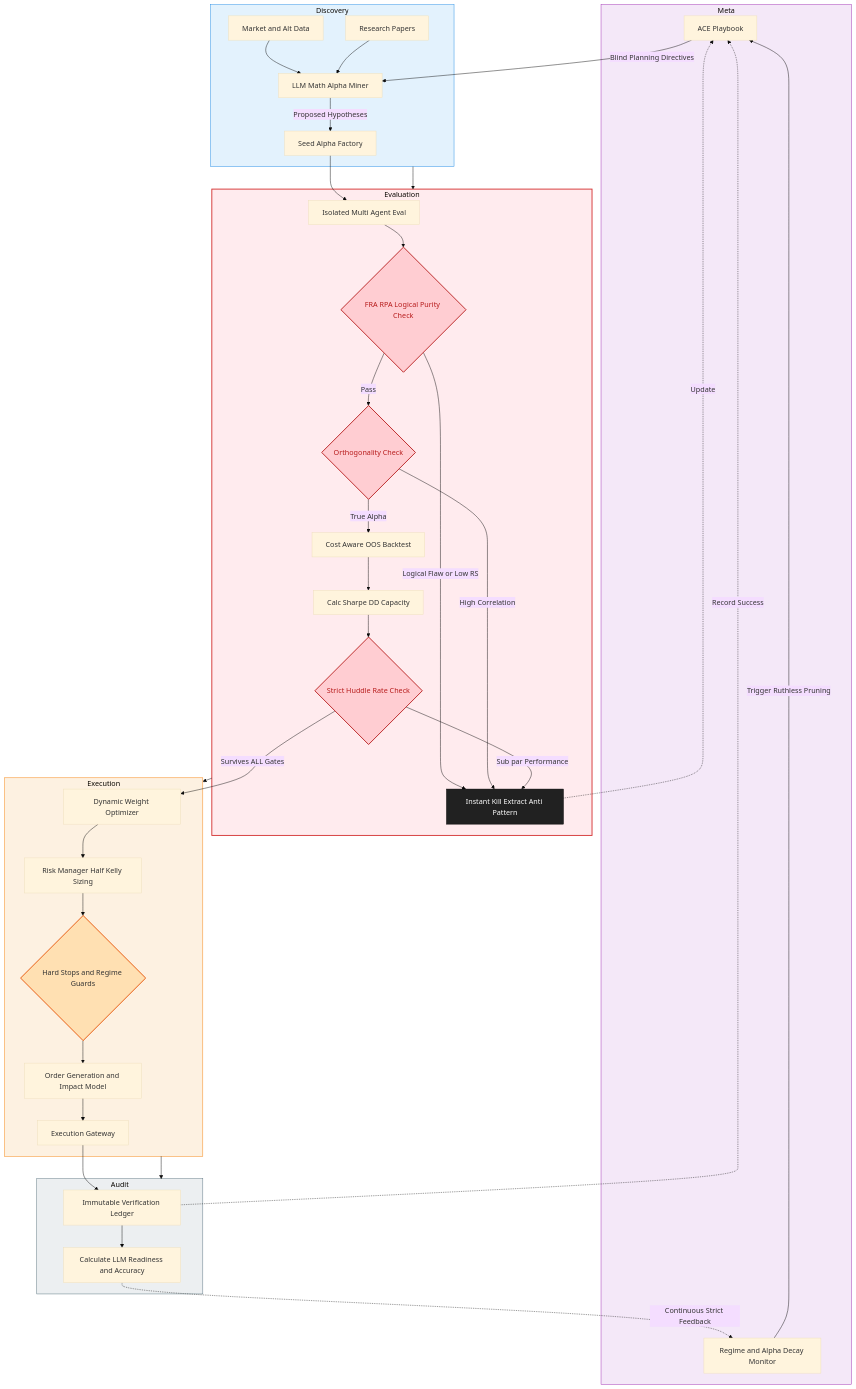
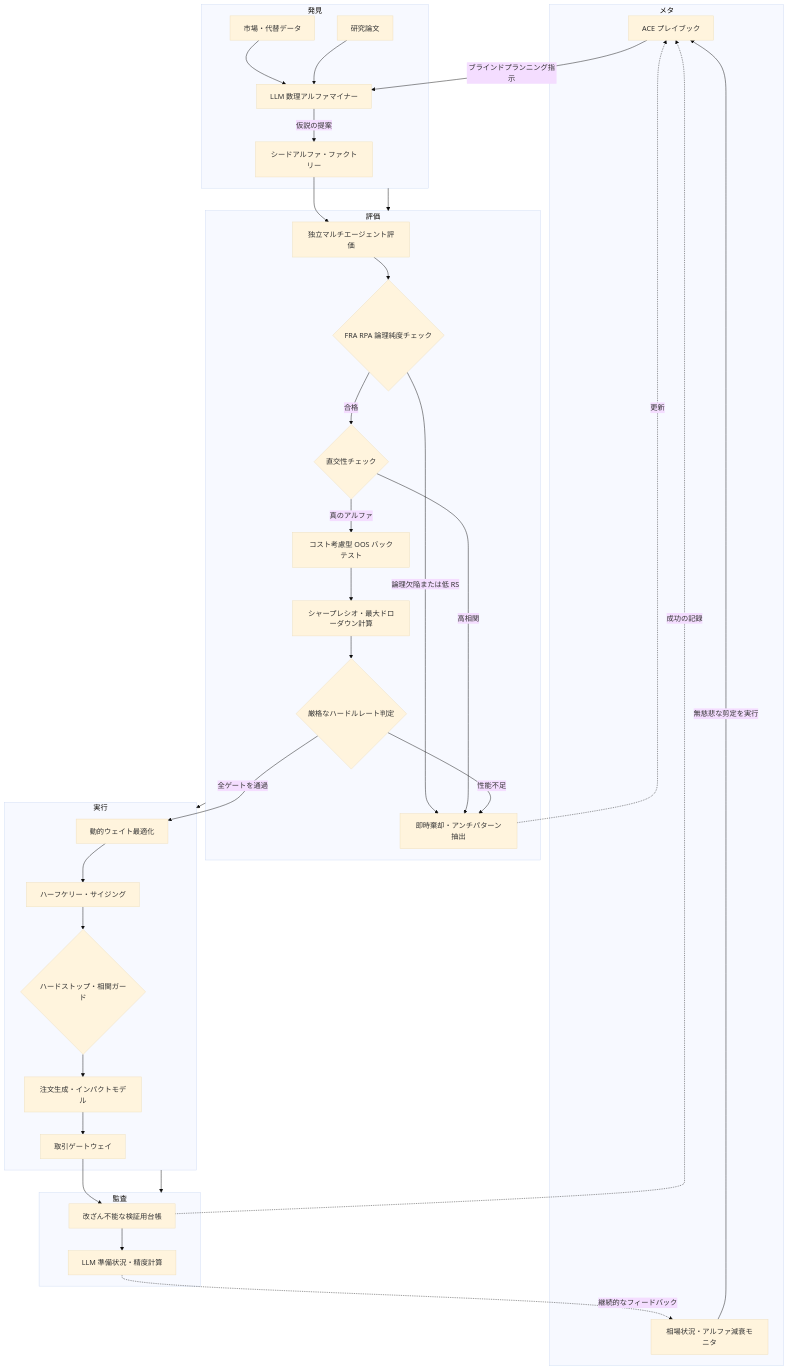
The diagram in docs/diagrams/simpleflowchart.md (KAFKA2306/investor), drawn with Mermaid (base theme) before and after one commit. The commit also changed other lines of this file and 19 other files, not shown here.

````diff
--- a/docs/diagrams/simpleflowchart.md
+++ b/docs/diagrams/simpleflowchart.md
@@ -3,63 +3,52 @@
 ```mermaid
 flowchart TD
-    subgraph Meta
-        ACEPlaybook["ACE Playbook"]
-        Monitor["Regime and Alpha Decay Monitor"]
-        Monitor --> |Trigger Ruthless Pruning| ACEPlaybook
+    subgraph メタ
+        ACEPlaybook["ACE プレイブック"]
+        Monitor["相場状況・アルファ減衰モニタ"]
+        Monitor --> |無慈悲な剪定を実行| ACEPlaybook
     end
 
-    subgraph Discovery
-        MarketData["Market and Alt Data"] --> Miner["LLM Math Alpha Miner"]
-        ArXiv["Research Papers"] --> Miner
-        Miner --> |Proposed Hypotheses| SAF["Seed Alpha Factory"]
-        ACEPlaybook --> |Blind Planning Directives| Miner
+    subgraph 発見
+        MarketData["市場・代替データ"] --> Miner["LLM 数理アルファマイナー"]
+        ArXiv["研究論文"] --> Miner
+        Miner --> |仮説の提案| SAF["シードアルファ・ファクトリー"]
+        ACEPlaybook --> |ブラインドプランニング指示| Miner
     end
 
-    subgraph Evaluation
-        SAF --> ISOEval["Isolated Multi Agent Eval"]
+    subgraph 評価
+        SAF --> ISOEval["独立マルチエージェント評価"]
         
-        ISOEval --> LogicGate{"FRA RPA Logical Purity Check"}
-        LogicGate -- "Logical Flaw or Low RS" --> RejectLogic["Instant Kill Extract Anti Pattern"]
+        ISOEval --> LogicGate{"FRA RPA 論理純度チェック"}
+        LogicGate -- "論理欠陥または低 RS" --> RejectLogic["即時棄却・アンチパターン抽出"]
         
-        LogicGate -- "Pass" --> OrthoCheck{"Orthogonality Check"}
-        OrthoCheck -- "High Correlation" --> RejectLogic
+        LogicGate -- "合格" --> OrthoCheck{"直交性チェック"}
+        OrthoCheck -- "高相関" --> RejectLogic
         
-        OrthoCheck -- "True Alpha" --> Backtest["Cost Aware OOS Backtest"]
-        Backtest --> Metrics["Calc Sharpe DD Capacity"]
+        OrthoCheck -- "真のアルファ" --> Backtest["コスト考慮型 OOS バックテスト"]
+        Backtest --> Metrics["シャープレシオ・最大ドローダウン計算"]
         
-        Metrics --> HuddleGate{"Strict Huddle Rate Check"}
-        HuddleGate -- "Sub par Performance" --> RejectLogic
+        Metrics --> HuddleGate{"厳格なハードルレート判定"}
+        HuddleGate -- "性能不足" --> RejectLogic
         
-        RejectLogic -.-> |Update| ACEPlaybook
+        RejectLogic -.-> |更新| ACEPlaybook
     end
 
-    subgraph Execution
-        HuddleGate -- "Survives ALL Gates" --> DWA["Dynamic Weight Optimizer"]
-        DWA --> Risk["Risk Manager Half Kelly Sizing"]
-        Risk --> HardStops{"Hard Stops and Regime Guards"}
-        HardStops --> OrderGen["Order Generation and Impact Model"]
-        OrderGen --> Gateway["Execution Gateway"]
+    subgraph 実行
+        HuddleGate -- "全ゲートを通過" --> DWA["動的ウェイト最適化"]
+        DWA --> Risk["ハーフケリー・サイジング"]
+        Risk --> HardStops{"ハードストップ・相関ガード"}
+        HardStops --> OrderGen["注文生成・インパクトモデル"]
+        OrderGen --> Gateway["取引ゲートウェイ"]
     end
 
-    subgraph Audit
-        Gateway --> Ledger["Immutable Verification Ledger"]
-        Ledger --> Score["Calculate LLM Readiness and Accuracy"]
-        Score -.-> |Continuous Strict Feedback| Monitor
-        Ledger -.-> |Record Success| ACEPlaybook
+    subgraph 監査
+        Gateway --> Ledger["改ざん不能な検証用台帳"]
+        Ledger --> Score["LLM 準備状況・精度計算"]
+        Score -.-> |継続的なフィードバック| Monitor
+        Ledger -.-> |成功の記録| ACEPlaybook
     end
 
-    Discovery --> Evaluation
-    Evaluation --> Execution
-    Execution --> Audit
-
-    style Meta fill:#f4e8f8,stroke:#9c27b0
-    style Discovery fill:#e3f2fd,stroke:#1e88e5
-    style Evaluation fill:#ffebee,stroke:#d32f2f,stroke-width:2px
-    style LogicGate fill:#ffcdd2,stroke:#b71c1c,stroke-width:2px,color:#b71c1c
-    style OrthoCheck fill:#ffcdd2,stroke:#b71c1c,stroke-width:2px,color:#b71c1c
-    style HuddleGate fill:#ffcdd2,stroke:#b71c1c,stroke-width:2px,color:#b71c1c
-    style RejectLogic fill:#212121,stroke:#000,stroke-width:1px,color:#fff
-    style Execution fill:#fdf1e1,stroke:#f57c00
-    style HardStops fill:#ffe0b2,stroke:#e65100,stroke-width:2px
-    style Audit fill:#eceff1,stroke:#546e7a
+    発見 --> 評価
+    評価 --> 実行
+    実行 --> 監査
 ```
````
